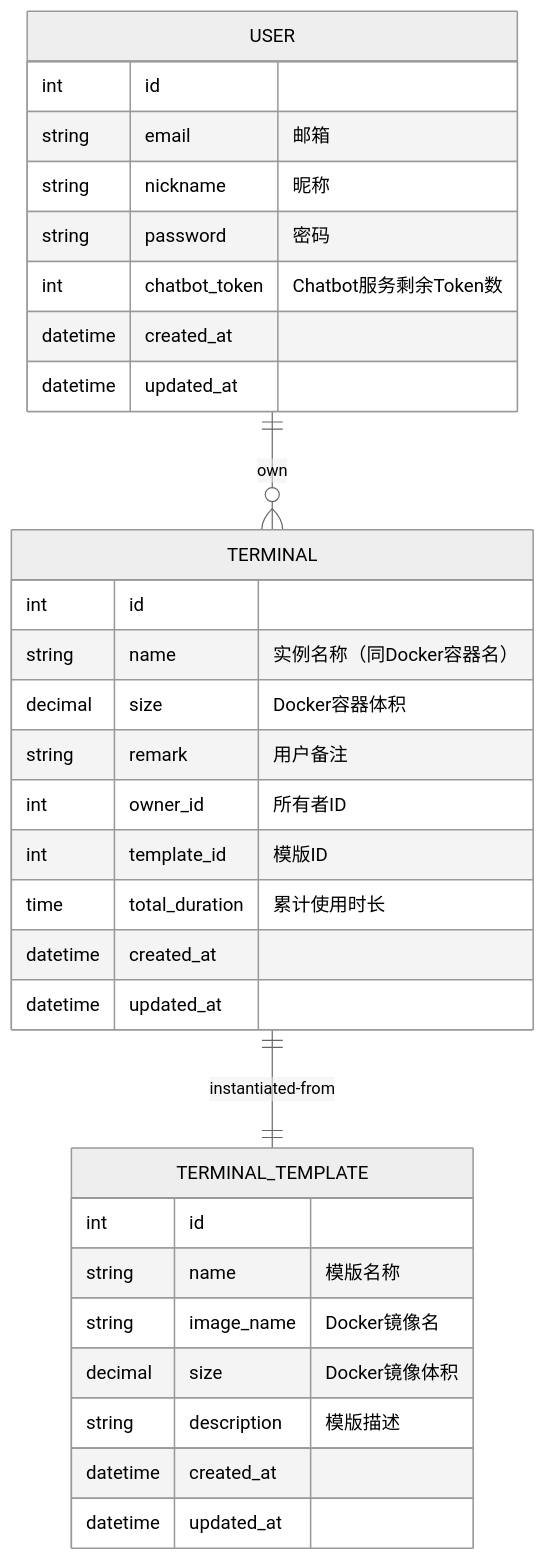
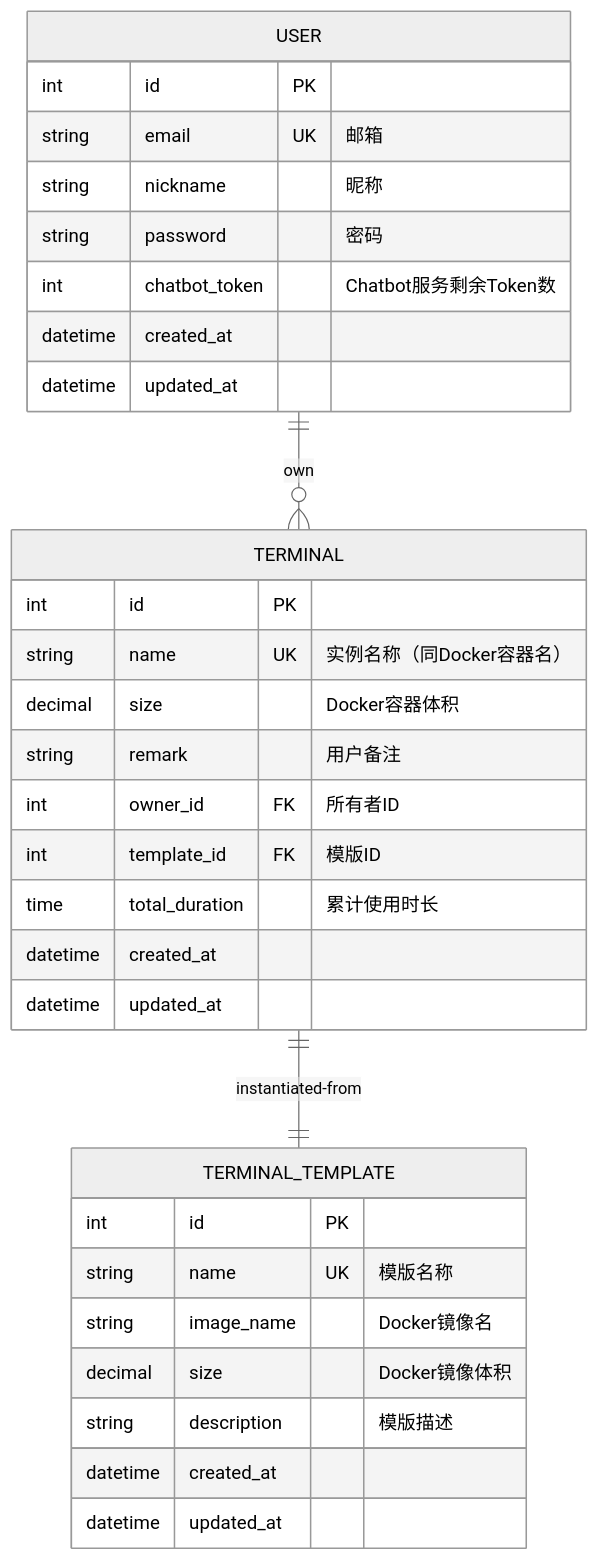
One commit to Banana-Boat/terryminal-be changed the second of 2 diagrams in README.md. Above: the diagram before and after it, drawn with Mermaid (neutral theme). The commit also changed other lines of this file, not shown here.

Commit message:
update: 修改readme

````diff
--- a/README.md
+++ b/README.md
@@ -34,34 +34,34 @@
 ```mermaid
 erDiagram
     USER ||--o{ TERMINAL : own
     TERMINAL ||--|| TERMINAL_TEMPLATE : instantiated-from
     USER {
-        int id
-        string email "邮箱"
+        int id PK
+        string email UK "邮箱"
         string nickname "昵称"
         string password "密码"
         int chatbot_token "Chatbot服务剩余Token数"
         datetime created_at
         datetime updated_at
     }
     TERMINAL {
-        int id
-        string name "实例名称（同Docker容器名）"
+        int id PK
+        string name UK "实例名称（同Docker容器名）"
         decimal size "Docker容器体积"
         string remark "用户备注"
-        int owner_id "所有者ID"
-        int template_id "模版ID"
+        int owner_id FK "所有者ID"
+        int template_id FK "模版ID"
         time total_duration "累计使用时长"
         datetime created_at
         datetime updated_at
     }
     TERMINAL_TEMPLATE {
-        int id
-        string name "模版名称"
+        int id PK
+        string name UK "模版名称"
         string image_name "Docker镜像名"
         decimal size "Docker镜像体积"
         string description "模版描述"
         datetime created_at
         datetime updated_at
     }
 ```
````
